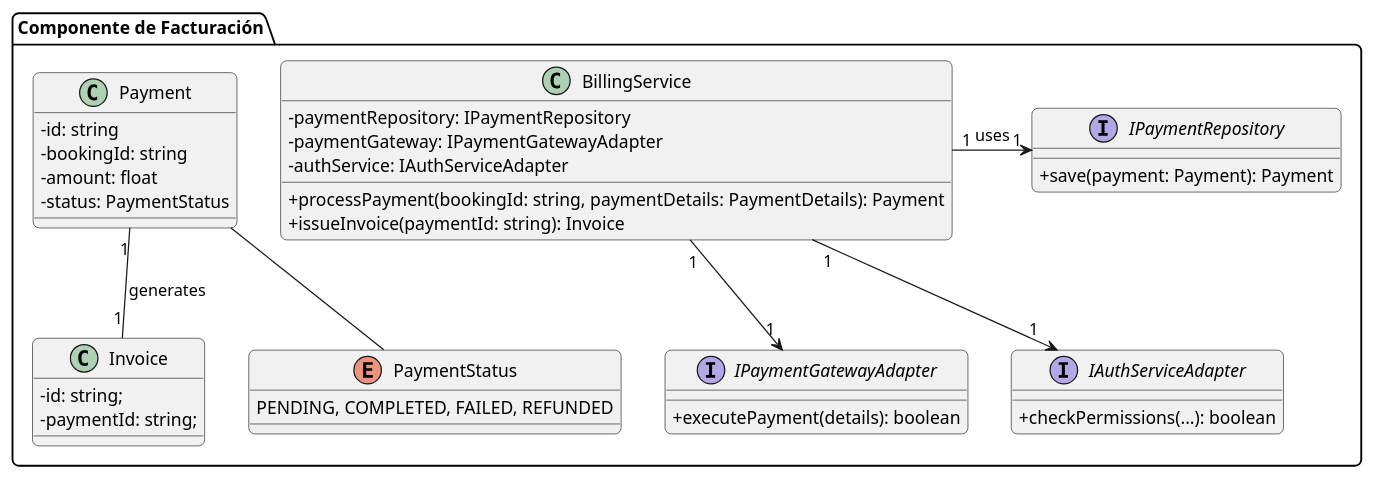
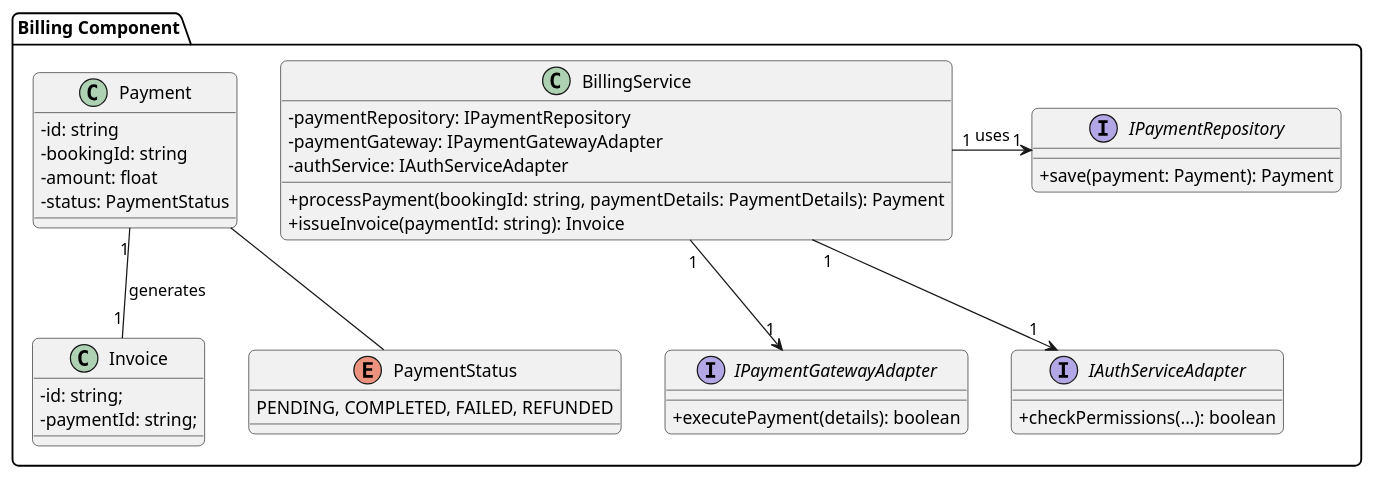
The diagram in assets/Chapter-04/class-diagram-Billing-Component.puml (Edgerunners-Aplicaciones-Web/report), drawn with PlantUML before and after one commit. The commit also changed 3 other files, not shown here.

Commit message:
doc: Standardize class diagram labeling across Chapter 4 assets

```diff
--- a/assets/Chapter-04/class-diagram-Billing-Component.puml
+++ b/assets/Chapter-04/class-diagram-Billing-Component.puml
@@ -1,49 +1,49 @@
 @startuml BillingComponentClassDiagram
 ' Estilo
 skinparam classAttributeIconSize 0
 skinparam roundcorner 10
 
-package "Componente de Facturación" {
+package "Billing Component" {
 
     class BillingService {
         - paymentRepository: IPaymentRepository
         - paymentGateway: IPaymentGatewayAdapter
         - authService: IAuthServiceAdapter
         + processPayment(bookingId: string, paymentDetails: PaymentDetails): Payment
         + issueInvoice(paymentId: string): Invoice
     }
 
     interface IPaymentRepository {
         + save(payment: Payment): Payment
     }
 
     class Payment {
         - id: string
         - bookingId: string
         - amount: float
         - status: PaymentStatus
     }
     class Invoice {
     - id: string;
     - paymentId: string;
     }
     enum PaymentStatus {
     PENDING, COMPLETED, FAILED, REFUNDED
     }
 
     ' --- Adaptadores para otros componentes/sistemas ---
     interface IPaymentGatewayAdapter {
     + executePayment(details): boolean
     }
     interface IAuthServiceAdapter {
     + checkPermissions(...): boolean
     }
 
     ' --- Relaciones ---
     BillingService "1" -> "1" IPaymentRepository : uses
     BillingService "1" --> "1" IPaymentGatewayAdapter
     BillingService "1" --> "1" IAuthServiceAdapter
     Payment "1" -- "1" Invoice : generates
     Payment -- PaymentStatus
 }
 @enduml
```
